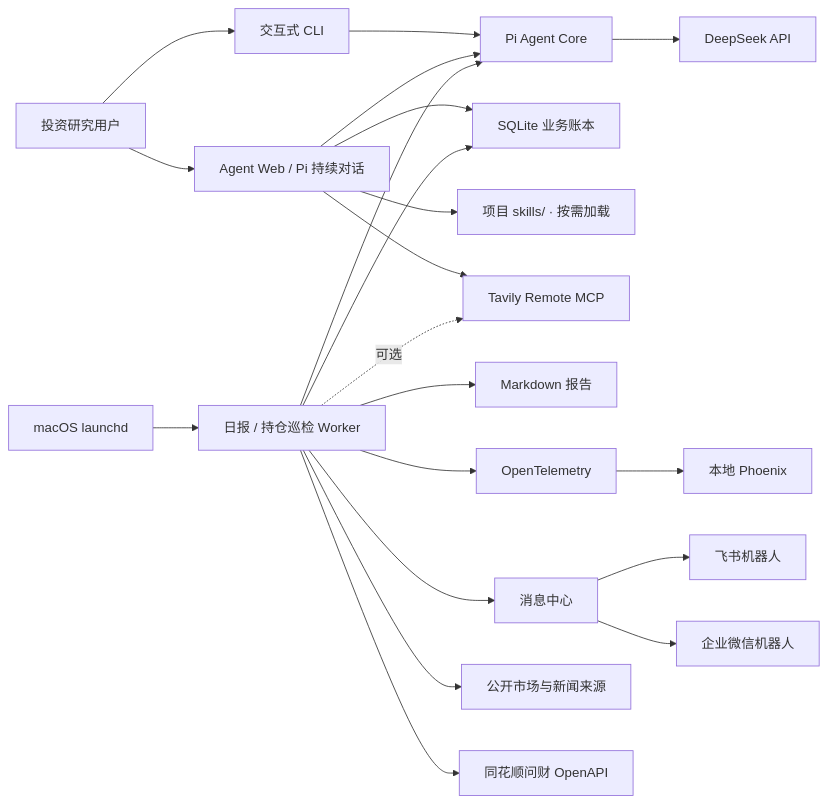
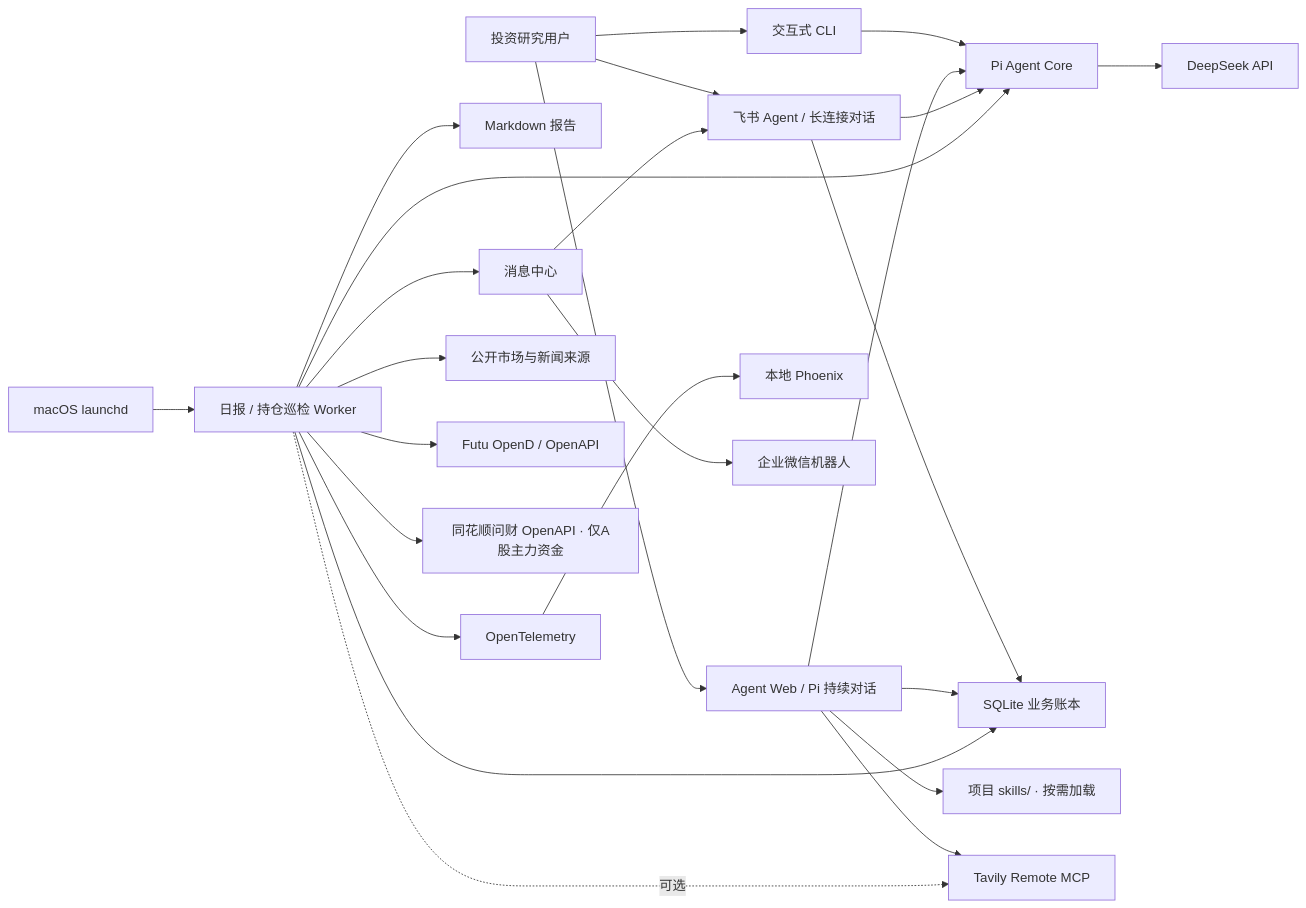
Before and after one commit to fishisnow/livermore: the first of 5 diagrams in docs/ARCHITECTURE.md, drawn with Mermaid. The commit also changed other lines of this file and 161 other files, not shown here.

````diff
--- a/docs/ARCHITECTURE.md
+++ b/docs/ARCHITECTURE.md
@@ -16,23 +16,27 @@
 ```mermaid
 flowchart LR
     User["投资研究用户"] --> CLI["交互式 CLI"]
     User --> Web["Agent Web / Pi 持续对话"]
+    User --> FeishuAgent["飞书 Agent / 长连接对话"]
     Launchd["macOS launchd"] --> Worker["日报 / 持仓巡检 Worker"]
     CLI --> Agent["Pi Agent Core"]
     Web --> Agent
+    FeishuAgent --> Agent
+    FeishuAgent --> DB
     Web --> DB["SQLite 业务账本"]
     Web --> Skills["项目 skills/ · 按需加载"]
     Web --> Tavily
     Worker --> Agent
     Worker --> DB
     Worker --> Reports["Markdown 报告"]
     Worker --> OTel["OpenTelemetry"]
     OTel --> Phoenix["本地 Phoenix"]
     Worker --> Message["消息中心"]
-    Message --> Feishu["飞书机器人"]
+    Message --> FeishuAgent
     Message --> WeCom["企业微信机器人"]
     Agent --> DeepSeek["DeepSeek API"]
     Worker --> Sources["公开市场与新闻来源"]
-    Worker --> Iwencai["同花顺问财 OpenAPI"]
+    Worker --> Futu["Futu OpenD / OpenAPI"]
+    Worker --> Iwencai["同花顺问财 OpenAPI · 仅A股主力资金"]
     Worker -. 可选 .-> Tavily["Tavily Remote MCP"]
 ```
````
